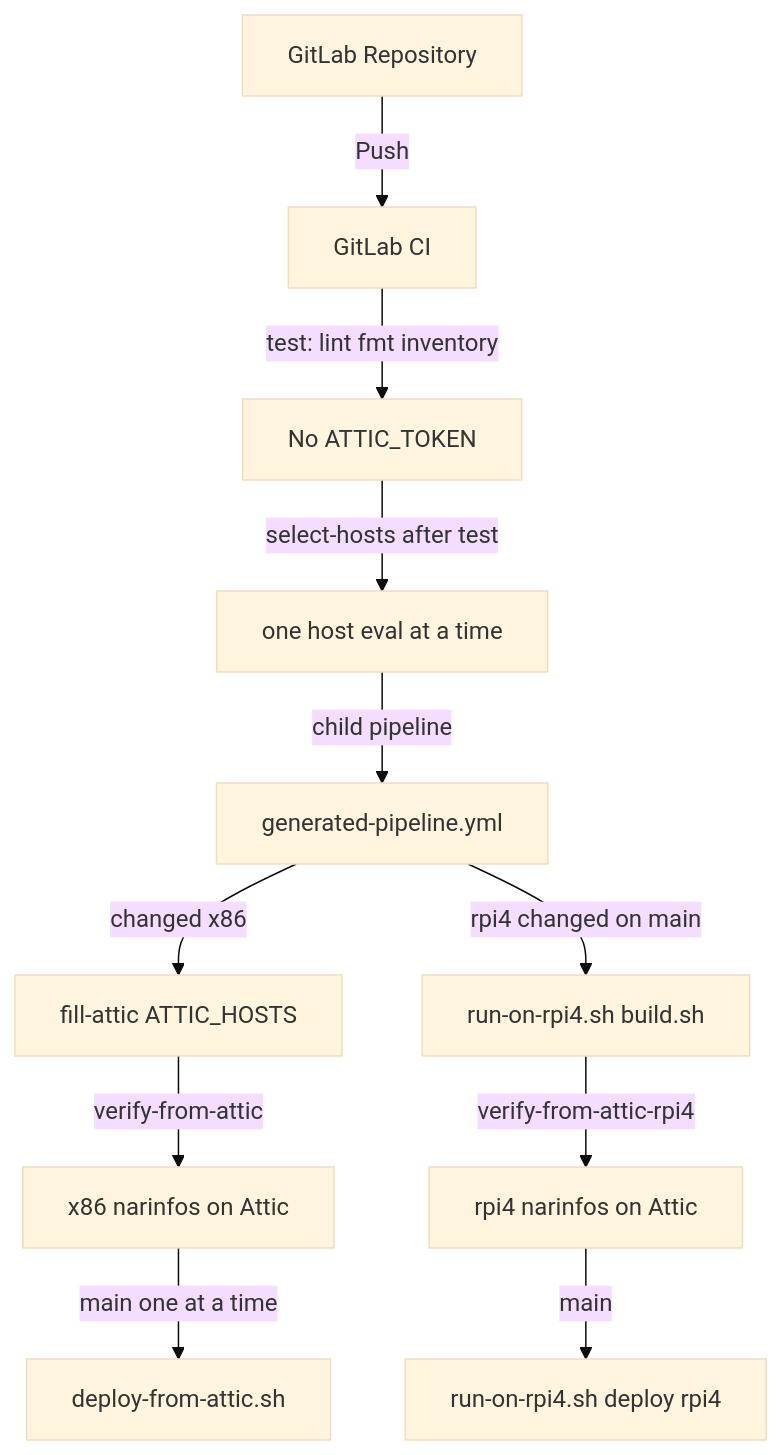
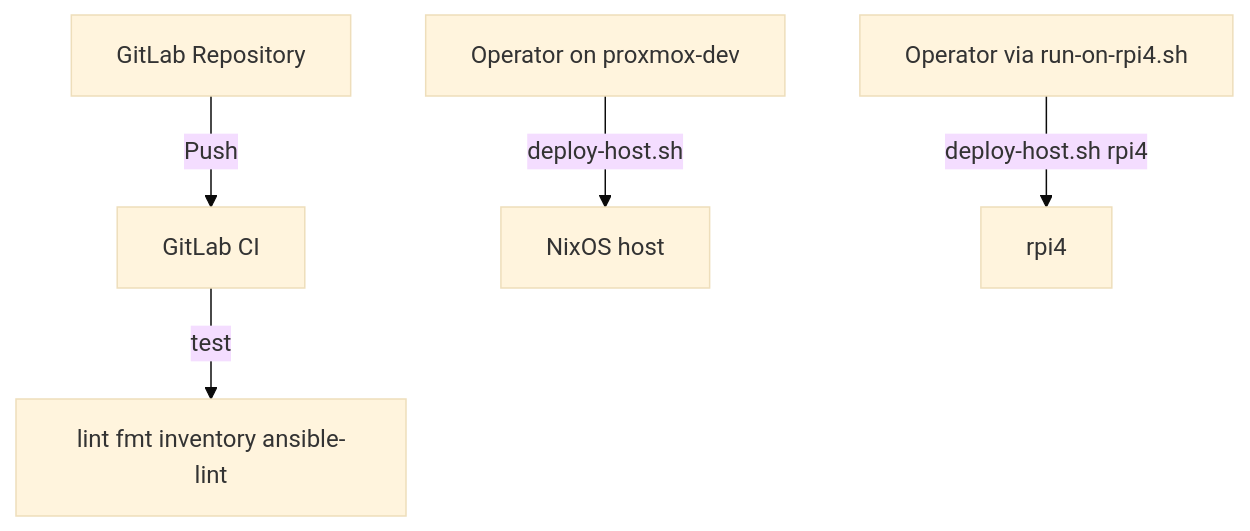
Before and after one commit to alexthemayers/nixos-fleet: the diagram in docs/deployments.md, drawn with Mermaid (base theme). The commit also changed other lines of this file and 295 other files, not shown here.

````diff
--- a/docs/deployments.md
+++ b/docs/deployments.md
@@ -17,13 +17,7 @@
 ```mermaid
 graph TD
     GitLab[GitLab Repository] -->|Push| CI[GitLab CI]
-    CI -->|test: lint fmt inventory| Test[No ATTIC_TOKEN]
-    Test -->|select-hosts after test| Select[one host eval at a time]
-    Select -->|child pipeline| Child[generated-pipeline.yml]
-    Child -->|changed x86| Fill[fill-attic ATTIC_HOSTS]
-    Child -->|rpi4 changed on main| FillPi[run-on-rpi4.sh build.sh]
-    Fill -->|verify-from-attic| Prove[x86 narinfos on Attic]
-    FillPi -->|verify-from-attic-rpi4| ProvePi[rpi4 narinfos on Attic]
-    Prove -->|main one at a time| Deploy[deploy-from-attic.sh]
-    ProvePi -->|main| DeployPi[run-on-rpi4.sh deploy rpi4]
+    CI -->|test| Gate[lint fmt inventory ansible-lint]
+    Op[Operator on proxmox-dev] -->|deploy-host.sh| Host[NixOS host]
+    OpPi[Operator via run-on-rpi4.sh] -->|deploy-host.sh rpi4| Pi[rpi4]
 ```
````
